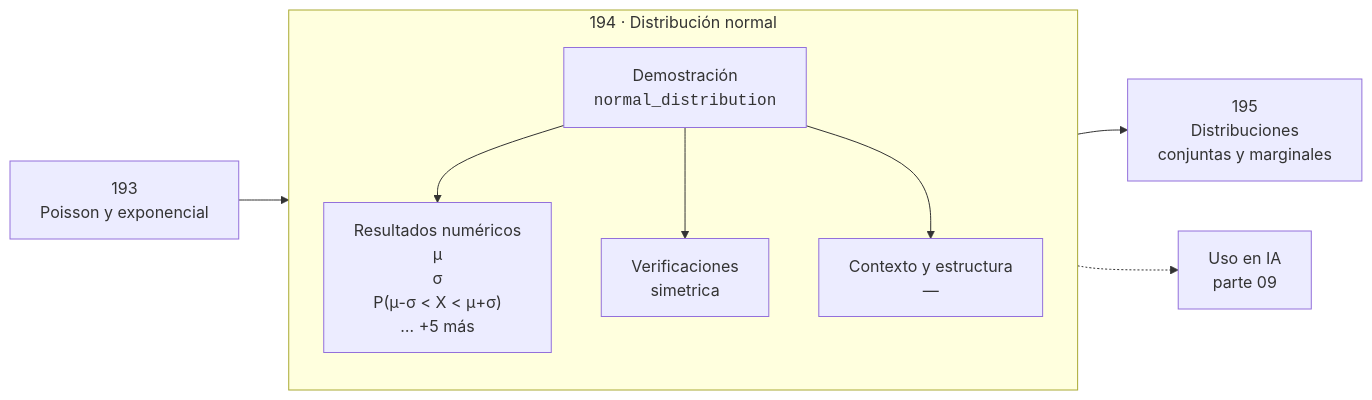
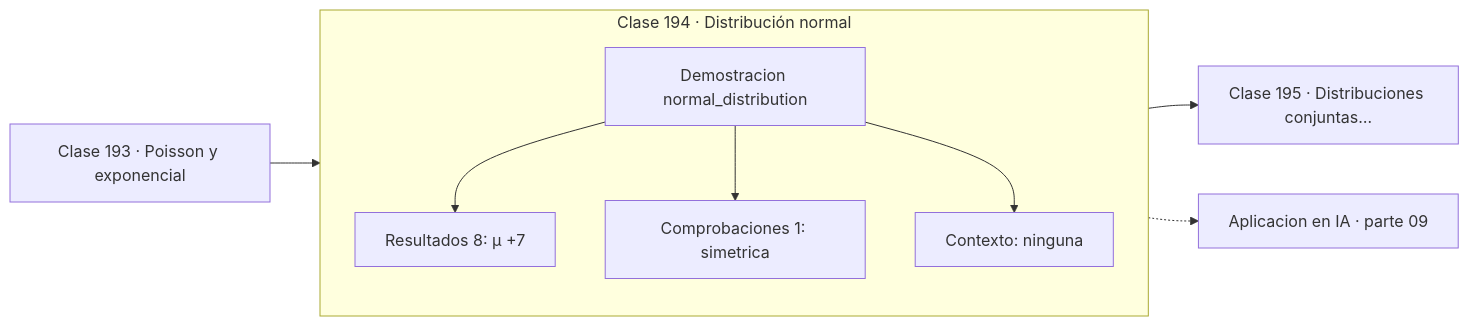
One commit to vladimiracunadev-create/computational-mathematics-program changed the diagram in classes/part-09-probabilidad-y-procesos-aleatorios/194-distribucion-normal/README.md. Above: the diagram before and after it, drawn with Mermaid. The commit also changed 389 other files, not shown here.

First line of the commit message:
fix(diagramas): elimina el HTML de las etiquetas Mermaid

````diff
--- a/classes/part-09-probabilidad-y-procesos-aleatorios/194-distribucion-normal/README.md
+++ b/classes/part-09-probabilidad-y-procesos-aleatorios/194-distribucion-normal/README.md
@@ -30,12 +30,13 @@
 ```mermaid
 flowchart LR
-    P["193<br/>Poisson y exponencial"] --> C
-    subgraph C["194 · Distribución normal"]
+    P["Clase 193 · Poisson y exponencial"] --> D
+    subgraph CLASE["Clase 194 · Distribución normal"]
         direction TB
-        D["Demostración<br/><code>normal_distribution</code>"] --> R["Resultados numéricos<br/>μ<br/>σ<br/>P(μ-σ < X < μ+σ)<br/>… +5 más"]
-        D --> V["Verificaciones<br/>simetrica"]
-        D --> O["Contexto y estructura<br/>—"]
+        D["Demostracion normal_distribution"]
+        D --> R["Resultados 8: μ +7"]
+        D --> V["Comprobaciones 1: simetrica"]
+        D --> O["Contexto: ninguna"]
     end
-    C --> N["195<br/>Distribuciones<br/>conjuntas y marginales"]
-    C -.-> IA["Uso en IA<br/>parte 09"]
+    R --> N["Clase 195 · Distribuciones conjuntas…"]
+    V -.-> IA["Aplicacion en IA · parte 09"]
 ```
````
